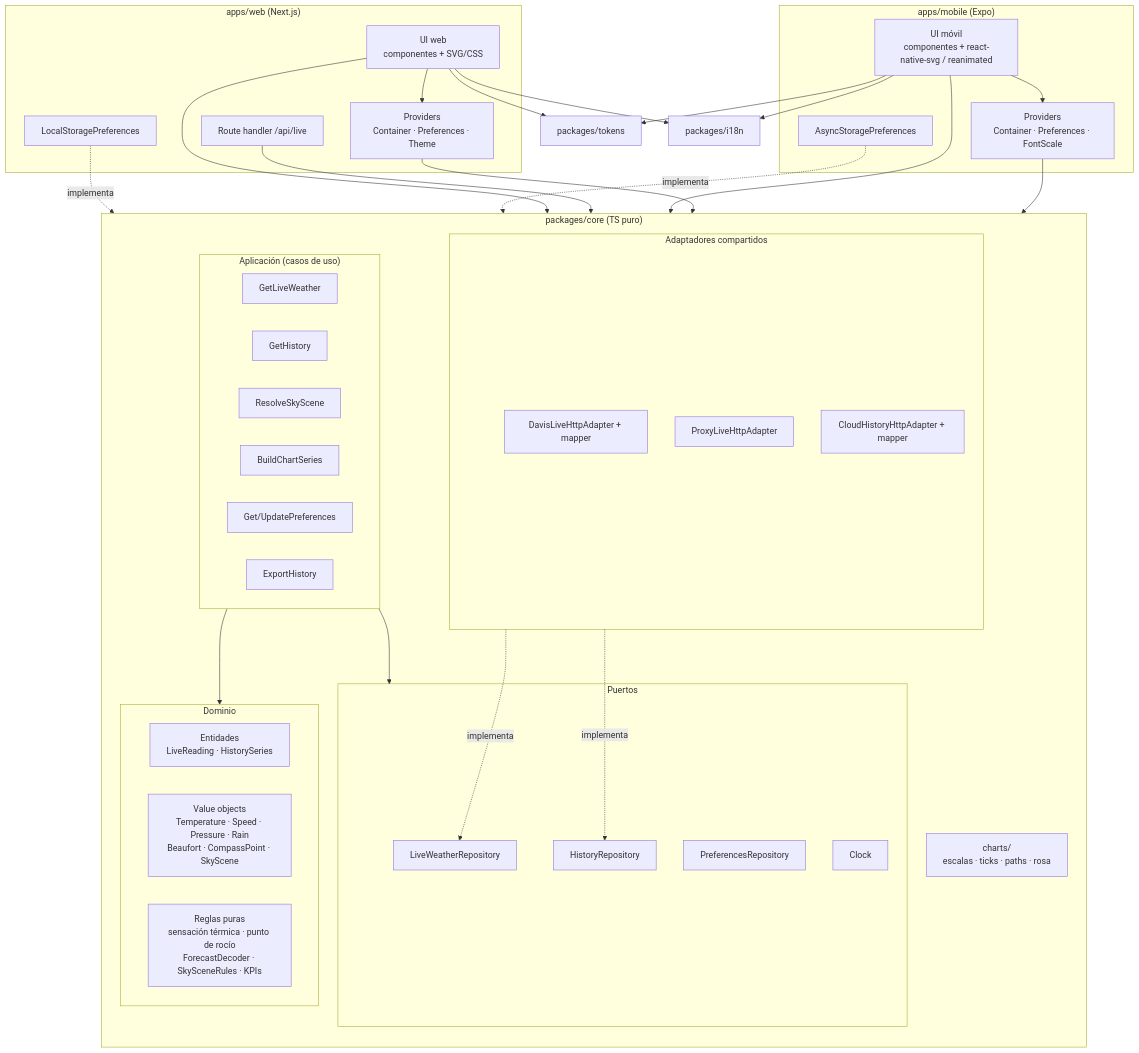
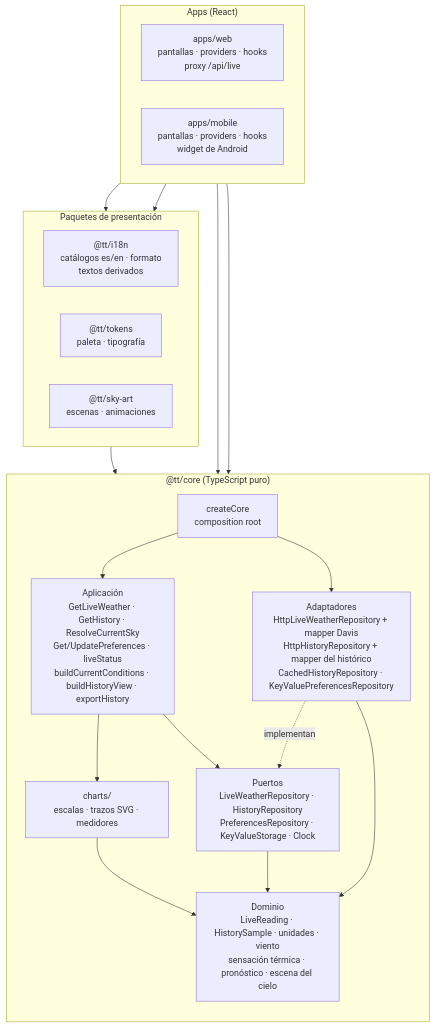
The third of 3 diagrams in docs/03-arquitectura.md (Samu31Nd/weather_app), drawn with Mermaid before and after one commit. The commit also changed other lines of this file and 1 other file, not shown here.

Commit message:
docs: update the component and preferences diagrams to the current code
The preferences sequence diagram did not render (a semicolon ends a Mermaid message).

````diff
--- a/docs/03-arquitectura.md
+++ b/docs/03-arquitectura.md
@@ -66,64 +68,39 @@
 ```mermaid
 flowchart TB
-  subgraph core["packages/core (TS puro)"]
-    direction TB
-    subgraph dominio["Dominio"]
-      ent["Entidades<br/>LiveReading · HistorySeries"]
-      vo["Value objects<br/>Temperature · Speed · Pressure · Rain<br/>Beaufort · CompassPoint · SkyScene"]
-      reglas["Reglas puras<br/>sensación térmica · punto de rocío<br/>ForecastDecoder · SkySceneRules · KPIs"]
-    end
-    subgraph aplicacion["Aplicación (casos de uso)"]
-      uc1["GetLiveWeather"]
-      uc2["GetHistory"]
-      uc3["ResolveSkyScene"]
-      uc4["BuildChartSeries"]
-      uc5["Get/UpdatePreferences"]
-      uc6["ExportHistory"]
-    end
-    subgraph puertos["Puertos"]
-      p1["LiveWeatherRepository"]
-      p2["HistoryRepository"]
-      p3["PreferencesRepository"]
-      p4["Clock"]
-    end
-    subgraph adaptadoresComunes["Adaptadores compartidos"]
-      a1["DavisLiveHttpAdapter + mapper"]
-      a2["ProxyLiveHttpAdapter"]
-      a3["CloudHistoryHttpAdapter + mapper"]
-    end
-    charts["charts/<br/>escalas · ticks · paths · rosa"]
+  subgraph apps["Apps (React)"]
+    direction LR
+    web["apps/web<br/>pantallas · providers · hooks<br/>proxy /api/live"]
+    mobile["apps/mobile<br/>pantallas · providers · hooks<br/>widget de Android"]
   end
 
-  subgraph web["apps/web (Next.js)"]
-    wui["UI web<br/>componentes + SVG/CSS"]
-    wctx["Providers<br/>Container · Preferences · Theme"]
-    wroute["Route handler /api/live"]
-    wstore["LocalStoragePreferences"]
+  subgraph presentacion["Paquetes de presentación"]
+    direction LR
+    i18n["@tt/i18n<br/>catálogos es/en · formato<br/>textos derivados"]
+    tokens["@tt/tokens<br/>paleta · tipografía"]
+    art["@tt/sky-art<br/>escenas · animaciones"]
   end
 
-  subgraph mobile["apps/mobile (Expo)"]
-    mui["UI móvil<br/>componentes + react-native-svg / reanimated"]
-    mctx["Providers<br/>Container · Preferences · FontScale"]
-    mstore["AsyncStoragePreferences"]
+  subgraph core["@tt/core (TypeScript puro)"]
+    direction TB
+    container["createCore<br/>composition root"]
+    aplicacion["Aplicación<br/>GetLiveWeather · GetHistory · ResolveCurrentSky<br/>Get/UpdatePreferences · liveStatus<br/>buildCurrentConditions · buildHistoryView · exportHistory"]
+    charts["charts/<br/>escalas · trazos SVG · medidores"]
+    adaptadores["Adaptadores<br/>HttpLiveWeatherRepository + mapper Davis<br/>HttpHistoryRepository + mapper del histórico<br/>CachedHistoryRepository · KeyValuePreferencesRepository"]
+    puertos["Puertos<br/>LiveWeatherRepository · HistoryRepository<br/>PreferencesRepository · KeyValueStorage · Clock"]
+    dominio["Dominio<br/>LiveReading · HistorySample · unidades · viento<br/>sensación térmica · pronóstico · escena del cielo"]
   end
 
-  tokens["packages/tokens"]
-  i18n["packages/i18n"]
-
-  aplicacion --> dominio
+  web --> container
+  mobile --> container
+  web --> presentacion
+  mobile --> presentacion
+  presentacion --> aplicacion
+  container --> aplicacion
+  container --> adaptadores
+  aplicacion --> charts
   aplicacion --> puertos
-  adaptadoresComunes -. implementa .-> p1
-  adaptadoresComunes -. implementa .-> p2
-  wstore -. implementa .-> p3
-  mstore -. implementa .-> p3
-
-  wui --> wctx --> aplicacion
-  wui --> charts
-  wui --> tokens
-  wui --> i18n
-  wroute --> a1
-  mui --> mctx --> aplicacion
-  mui --> charts
-  mui --> tokens
-  mui --> i18n
+  adaptadores -. implementan .-> puertos
+  charts --> dominio
+  puertos --> dominio
+  adaptadores --> dominio
 ```
````
